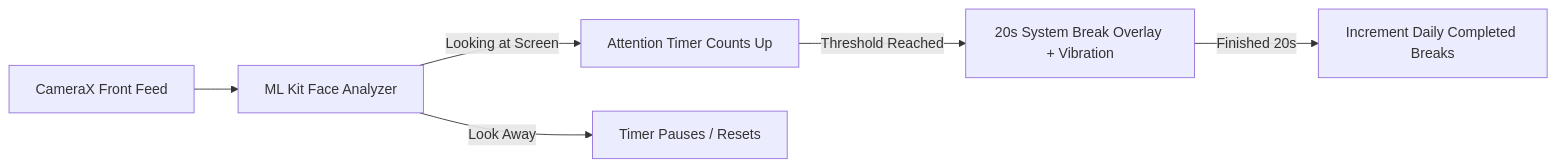
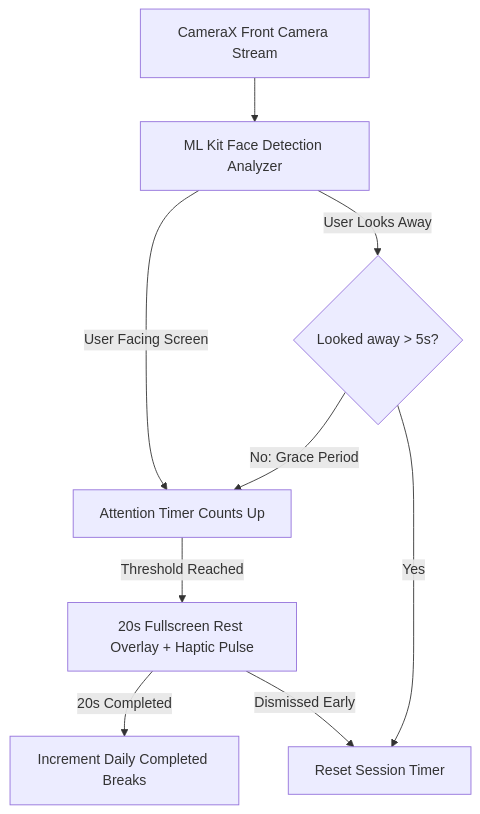
Before and after one commit to ani7981/20-20-20-Rule-App: the diagram in README.md, drawn with Mermaid. The commit also changed other lines of this file and 2 other files, not shown here.

````diff
--- a/README.md
+++ b/README.md
@@ -84,8 +108,11 @@
 ```mermaid
-flowchart LR
-    A[CameraX Front Feed] --> B[ML Kit Face Analyzer]
-    B -->|Looking at Screen| C[Attention Timer Counts Up]
-    B -->|Look Away| D[Timer Pauses / Resets]
-    C -->|Threshold Reached| E[20s System Break Overlay + Vibration]
-    E -->|Finished 20s| F[Increment Daily Completed Breaks]
+flowchart TD
+    A[CameraX Front Camera Stream] --> B[ML Kit Face Detection Analyzer]
+    B -->|User Facing Screen| C[Attention Timer Counts Up]
+    B -->|User Looks Away| D{Looked away > 5s?}
+    D -->|No: Grace Period| C
+    D -->|Yes| E[Reset Session Timer]
+    C -->|Threshold Reached| F[20s Fullscreen Rest Overlay + Haptic Pulse]
+    F -->|20s Completed| G[Increment Daily Completed Breaks]
+    F -->|Dismissed Early| E
 ```
````
